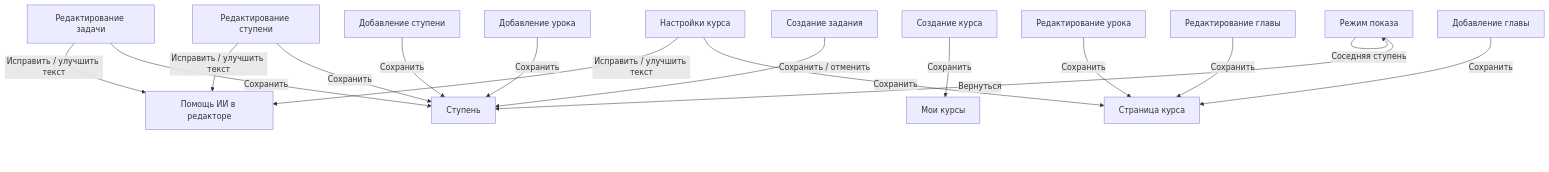
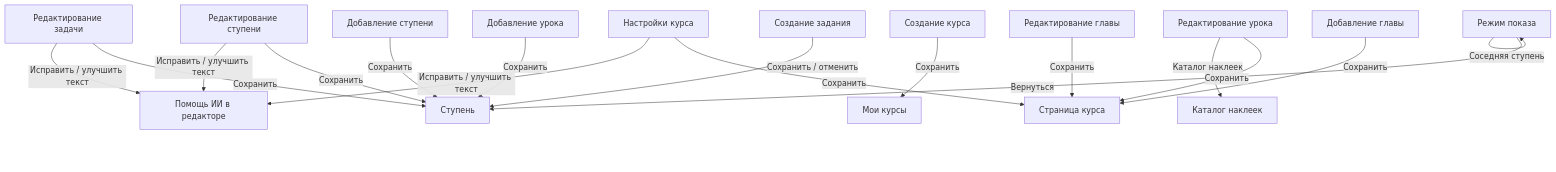
Before and after one commit to roctbb/CodingProjects: the diagram in docs/ux/authoring.mmd, drawn with Mermaid. The commit also changed 177 other files, not shown here.

```diff
--- a/docs/ux/authoring.mmd
+++ b/docs/ux/authoring.mmd
@@ -1,31 +1,33 @@
 flowchart TB
   course_create["Создание курса"]
   course_edit["Настройки курса"]
   chapter_create["Добавление главы"]
   chapter_edit["Редактирование главы"]
   lesson_create["Добавление урока"]
   lesson_edit["Редактирование урока"]
   step_create["Добавление ступени"]
   step_edit["Редактирование ступени"]
   task_edit["Редактирование задачи"]
   perform["Режим показа"]
   task_create["Создание задания"]
   text_assist["Помощь ИИ в редакторе"]
   step["Ступень"]
   courses["Мои курсы"]
   course["Страница курса"]
+  settings_stickers["Каталог наклеек"]
   task_create -->|"Сохранить / отменить"| step
   perform -->|"Вернуться"| step
   perform -->|"Соседняя ступень"| perform
   course_create -->|"Сохранить"| courses
   course_edit -->|"Сохранить"| course
   chapter_create -->|"Сохранить"| course
   chapter_edit -->|"Сохранить"| course
   lesson_create -->|"Сохранить"| step
   lesson_edit -->|"Сохранить"| course
   step_create -->|"Сохранить"| step
   step_edit -->|"Сохранить"| step
   task_edit -->|"Сохранить"| step
   course_edit -->|"Исправить / улучшить текст"| text_assist
   step_edit -->|"Исправить / улучшить текст"| text_assist
   task_edit -->|"Исправить / улучшить текст"| text_assist
+  lesson_edit -->|"Каталог наклеек"| settings_stickers
```
